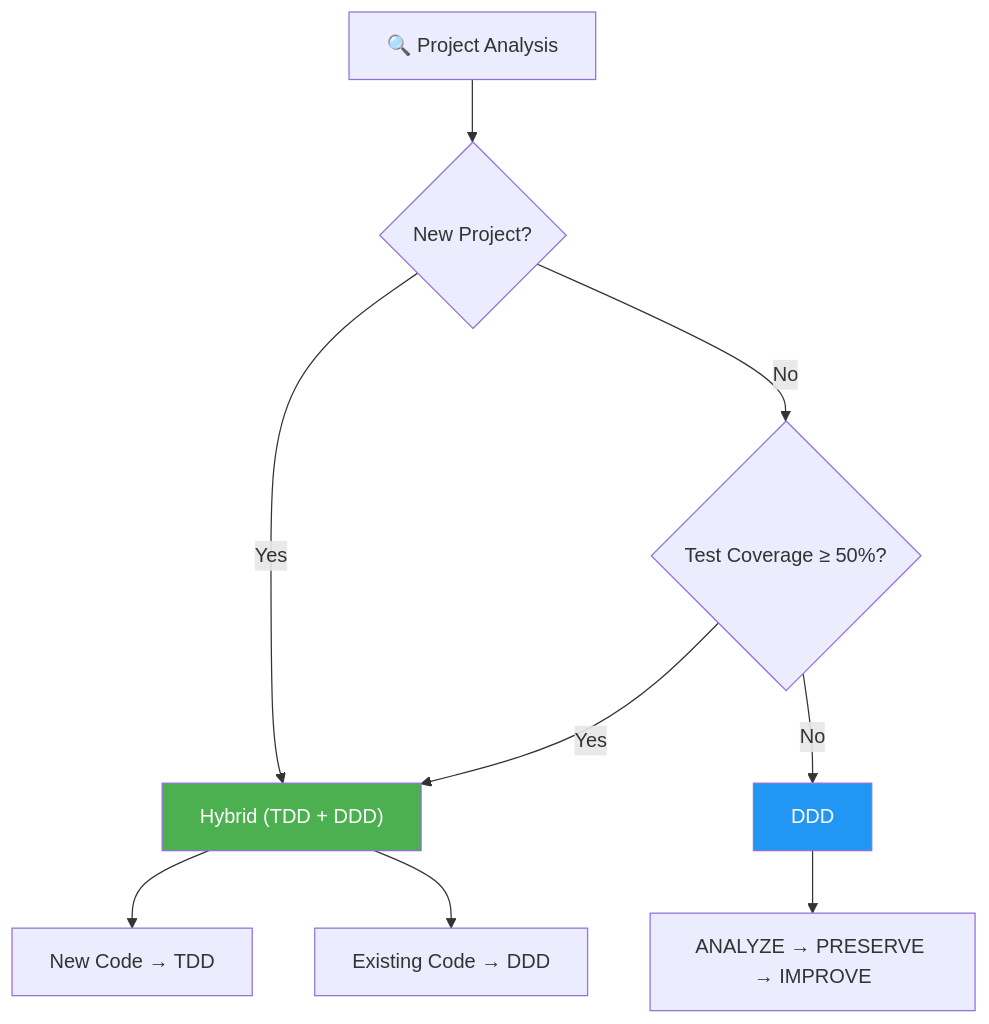
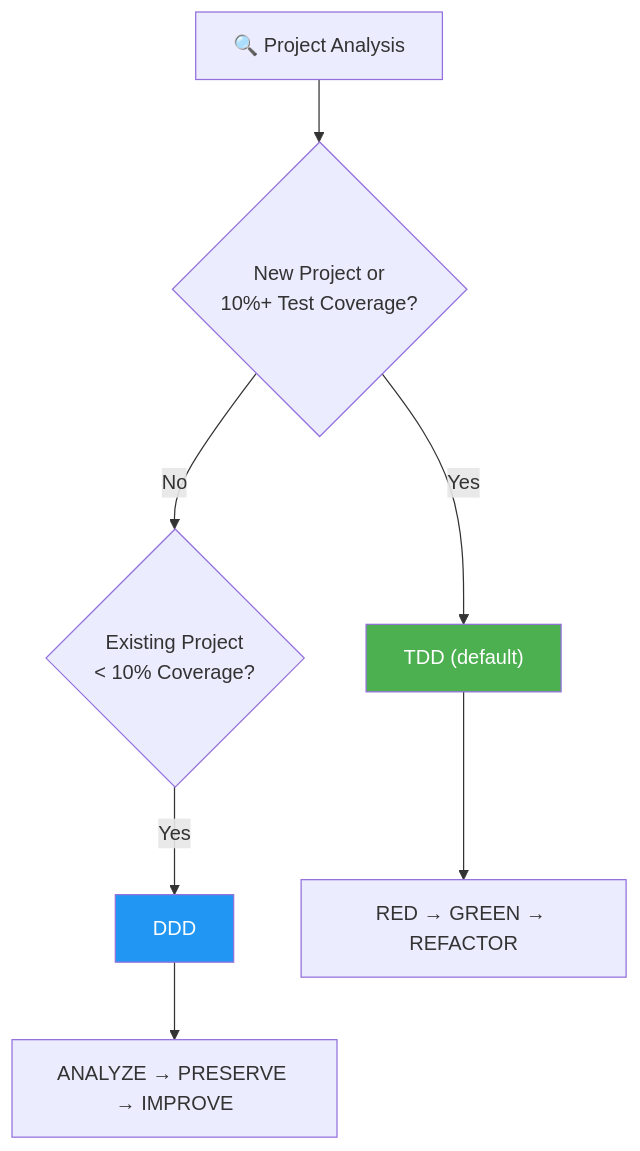
The second of 5 diagrams in README.md (modu-ai/moai-adk), drawn with Mermaid before and after one commit. The commit also changed other lines of this file and 56 other files, not shown here.

````diff
--- a/README.md
+++ b/README.md
@@ -147,14 +147,12 @@
 ```mermaid
 flowchart TD
-    A["🔍 Project Analysis"] --> B{"New Project?"}
-    B -->|"Yes"| C["Hybrid (TDD + DDD)"]
-    B -->|"No"| D{"Test Coverage ≥ 50%?"}
-    D -->|"Yes"| C
-    D -->|"No"| E["DDD"]
-    C --> F["New Code → TDD"]
-    C --> G["Existing Code → DDD"]
-    E --> H["ANALYZE → PRESERVE → IMPROVE"]
+    A["🔍 Project Analysis"] --> B{"New Project or<br/>10%+ Test Coverage?"}
+    B -->|"Yes"| C["TDD (default)"]
+    B -->|"No"| D{"Existing Project<br/>< 10% Coverage?"}
+    D -->|"Yes"| E["DDD"]
+    C --> F["RED → GREEN → REFACTOR"]
+    E --> G["ANALYZE → PRESERVE → IMPROVE"]
 
     style C fill:#4CAF50,color:#fff
     style E fill:#2196F3,color:#fff
 ```
````
